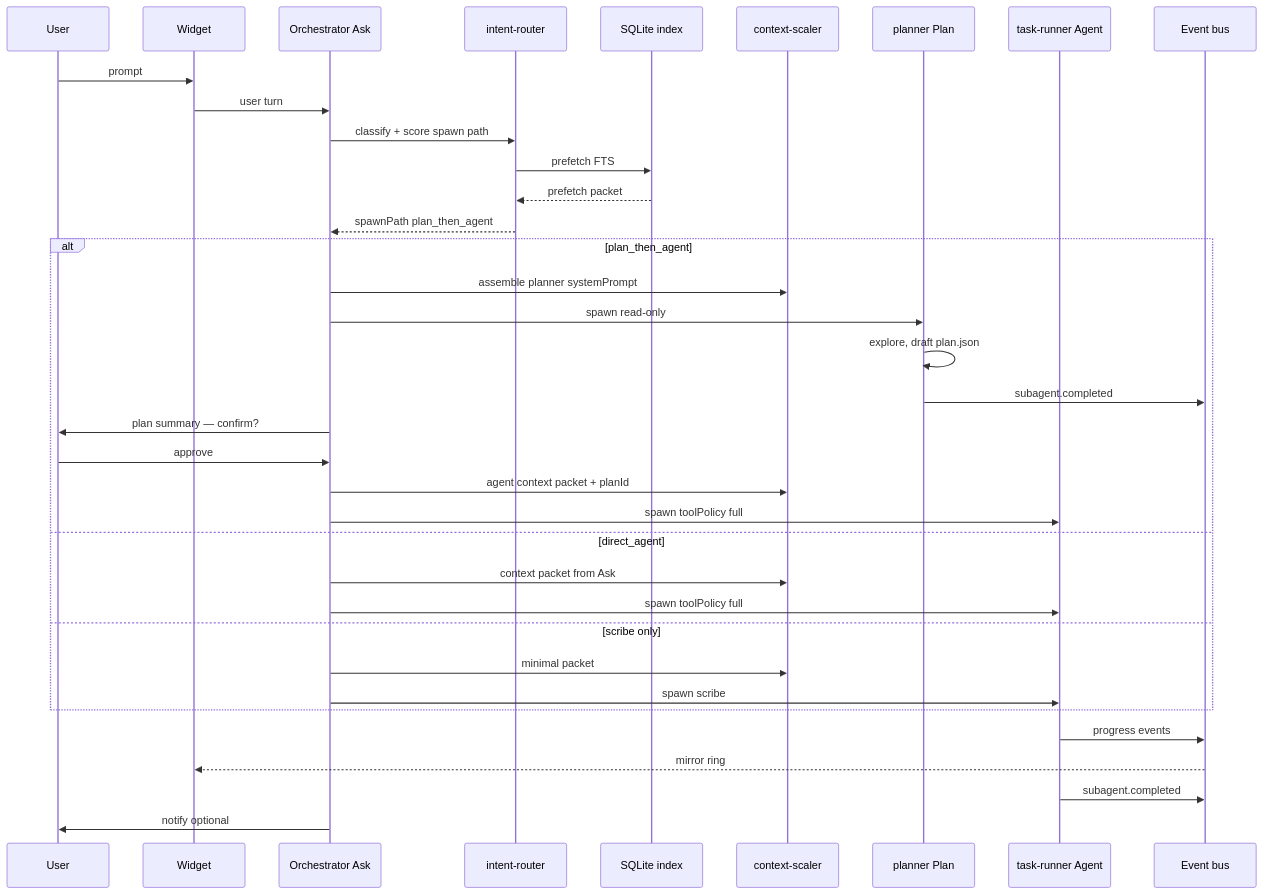
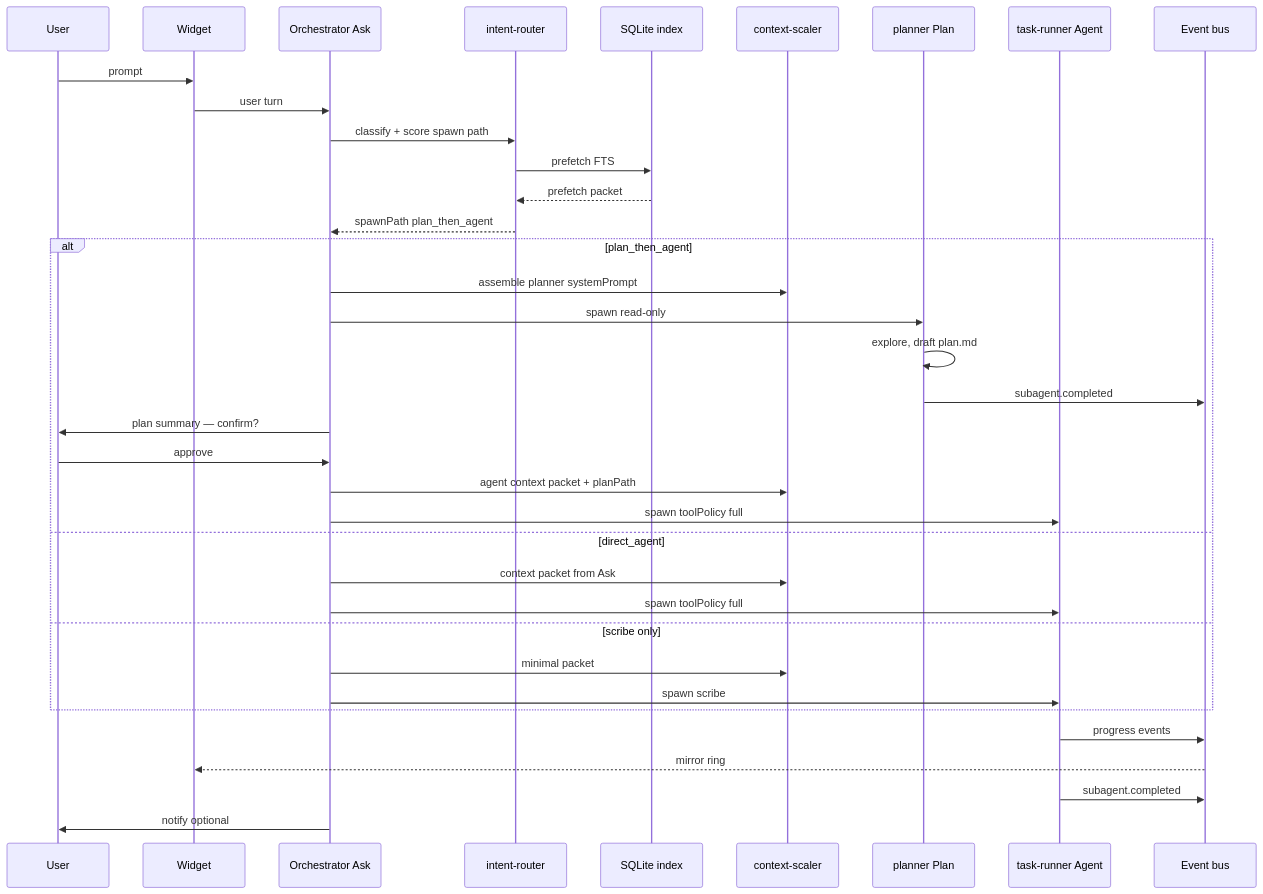
Before and after one commit to jahrulnr/sapaloq: the third of 11 diagrams in docs/BLUEPRINT.md, drawn with Mermaid. The commit also changed other lines of this file and 51 other files, not shown here.

````diff
--- a/docs/BLUEPRINT.md
+++ b/docs/BLUEPRINT.md
@@ -303,41 +303,41 @@
 ```mermaid
 sequenceDiagram
   participant U as User
   participant W as Widget
   participant O as Orchestrator Ask
   participant IR as intent-router
   participant IX as SQLite index
   participant CS as context-scaler
   participant P as planner Plan
   participant A as task-runner Agent
   participant BUS as Event bus
 
   U->>W: prompt
   W->>O: user turn
   O->>IR: classify + score spawn path
   IR->>IX: prefetch FTS
   IX-->>IR: prefetch packet
   IR-->>O: spawnPath plan_then_agent
 
   alt plan_then_agent
     O->>CS: assemble planner systemPrompt
     O->>P: spawn read-only
-    P->>P: explore, draft plan.json
+    P->>P: explore, draft plan.md
     P->>BUS: subagent.completed
     O->>U: plan summary — confirm?
     U->>O: approve
-    O->>CS: agent context packet + planId
+    O->>CS: agent context packet + planPath
     O->>A: spawn toolPolicy full
   else direct_agent
     O->>CS: context packet from Ask
     O->>A: spawn toolPolicy full
   else scribe only
     O->>CS: minimal packet
     O->>A: spawn scribe
   end
 
   A->>BUS: progress events
   BUS-->>W: mirror ring
   A->>BUS: subagent.completed
   O->>U: notify optional
 ```
````
